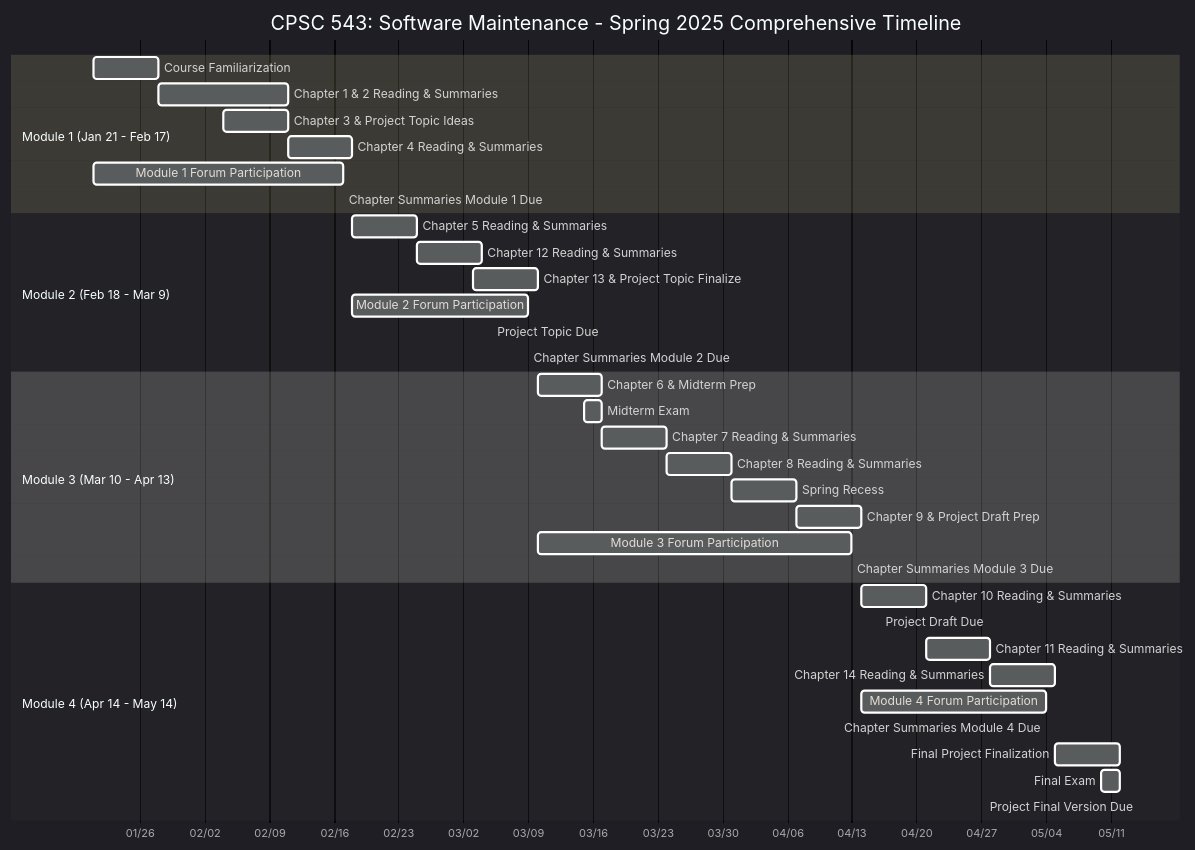
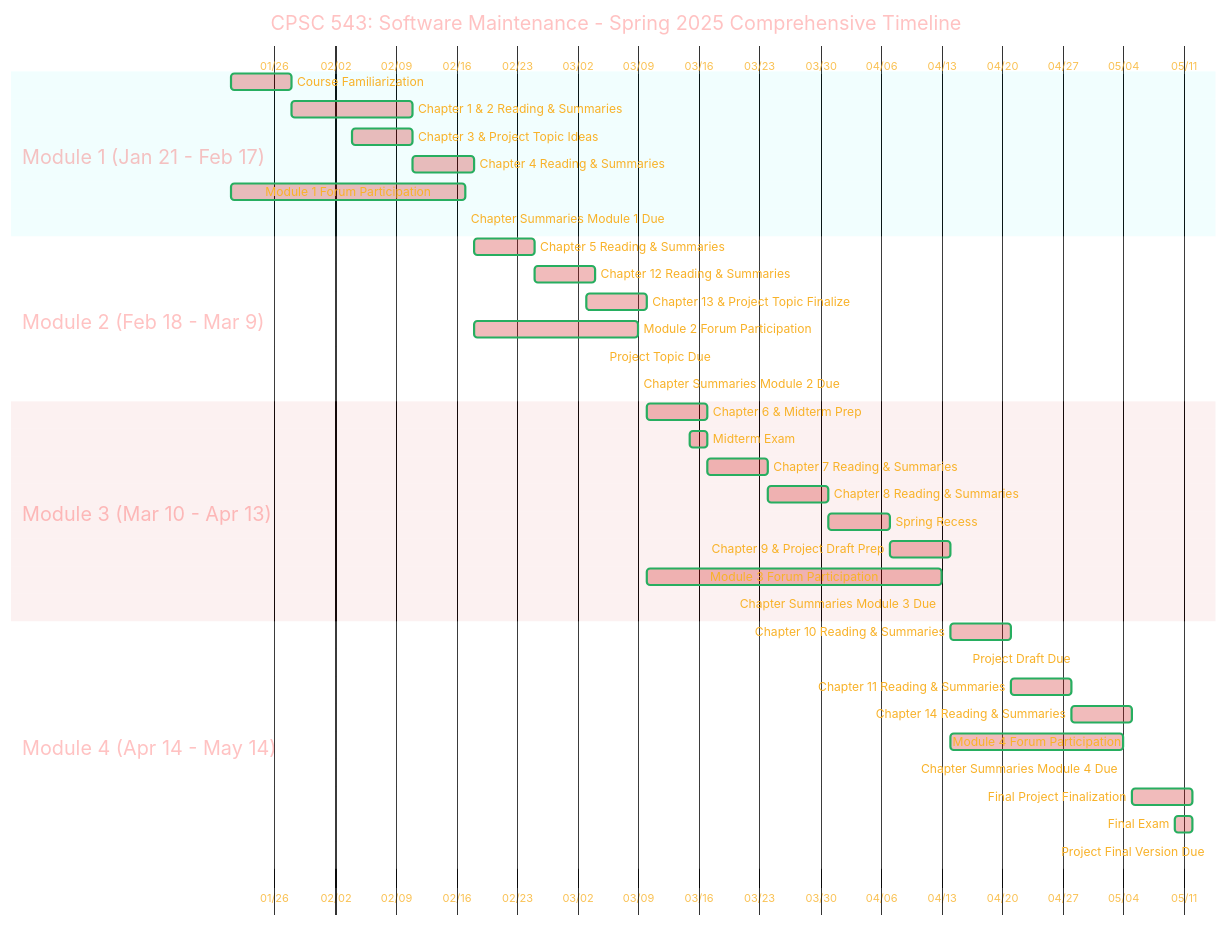
Before and after one commit to CongLeSolutionX/CSUF_MSE: the diagram in docs/Syllabus.md, drawn with Mermaid.

````diff
--- a/docs/Syllabus.md
+++ b/docs/Syllabus.md
@@ -156,11 +156,45 @@
 ```mermaid
 ---
+title: "CHANGE_ME_DADDY"
+author: "Cong Le"
+version: "1.0"
+license(s): "MIT, CC BY-SA 4.0"
+copyright: "Copyright © 2025 Cong Le. All Rights Reserved."
 config:
   layout: elk
-  look: handDrawn
-  theme: dark
+  theme: base
 ---
+%%%%%%%% Mermaid version v11.4.1-b.14
+%%{
+  init: {
+	'fontFamily': 'Comic Sans MS',
+    'gantt': {
+      'titleTopMargin': 25,
+      'barHeight': 15,
+      'barGap': 10,
+      'topPadding': 65,
+      'rightPadding': 10,
+      'leftPadding': 200,
+      'gridLineStartPadding': 25,
+      'sectionFontSize': 18,
+      'numberSectionStyles': 4,
+      'axisFormat': '%Y',
+      'topAxis': true,
+      'weekday': 'sunday'
+    },
+    'themeVariables': {
+      'primaryColor': '#C004',
+      'primaryTextColor': '#F8B229',
+      'primaryBorderColor': '#27AE60',
+      'fontSize': '20px'
+    }
+  }
+}%%
 gantt
+    dateFormat  YYYY-MM-DD
+    title Nikola Tesla's USA Patents Timeline 📜🇺🇸
+
+    section Patents Granted in the 1880s
     title CPSC 543: Software Maintenance - Spring 2025 Comprehensive Timeline
     dateFormat  YYYY-MM-DD
     axisFormat %m/%d
````
